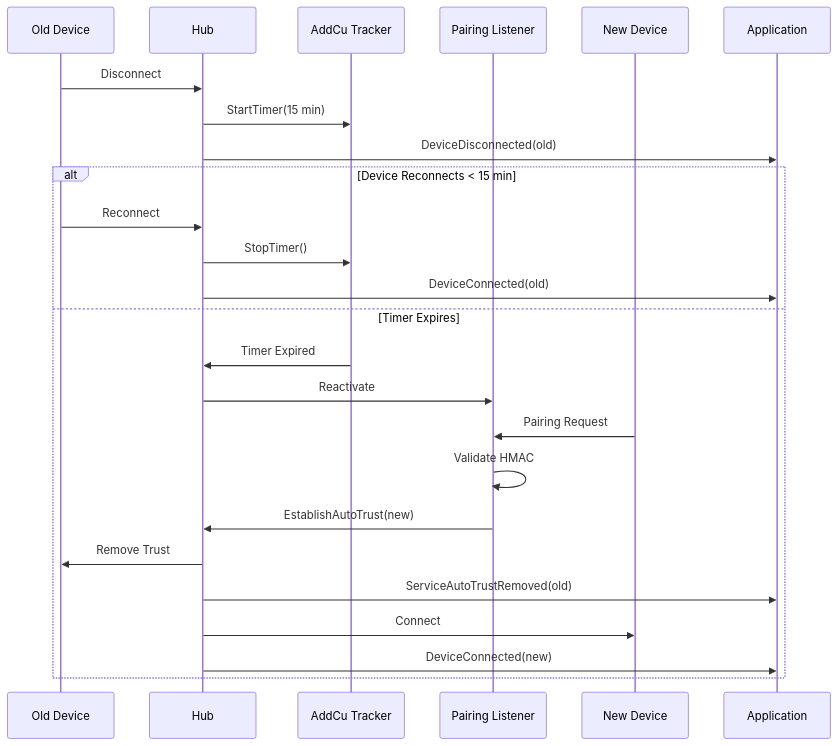
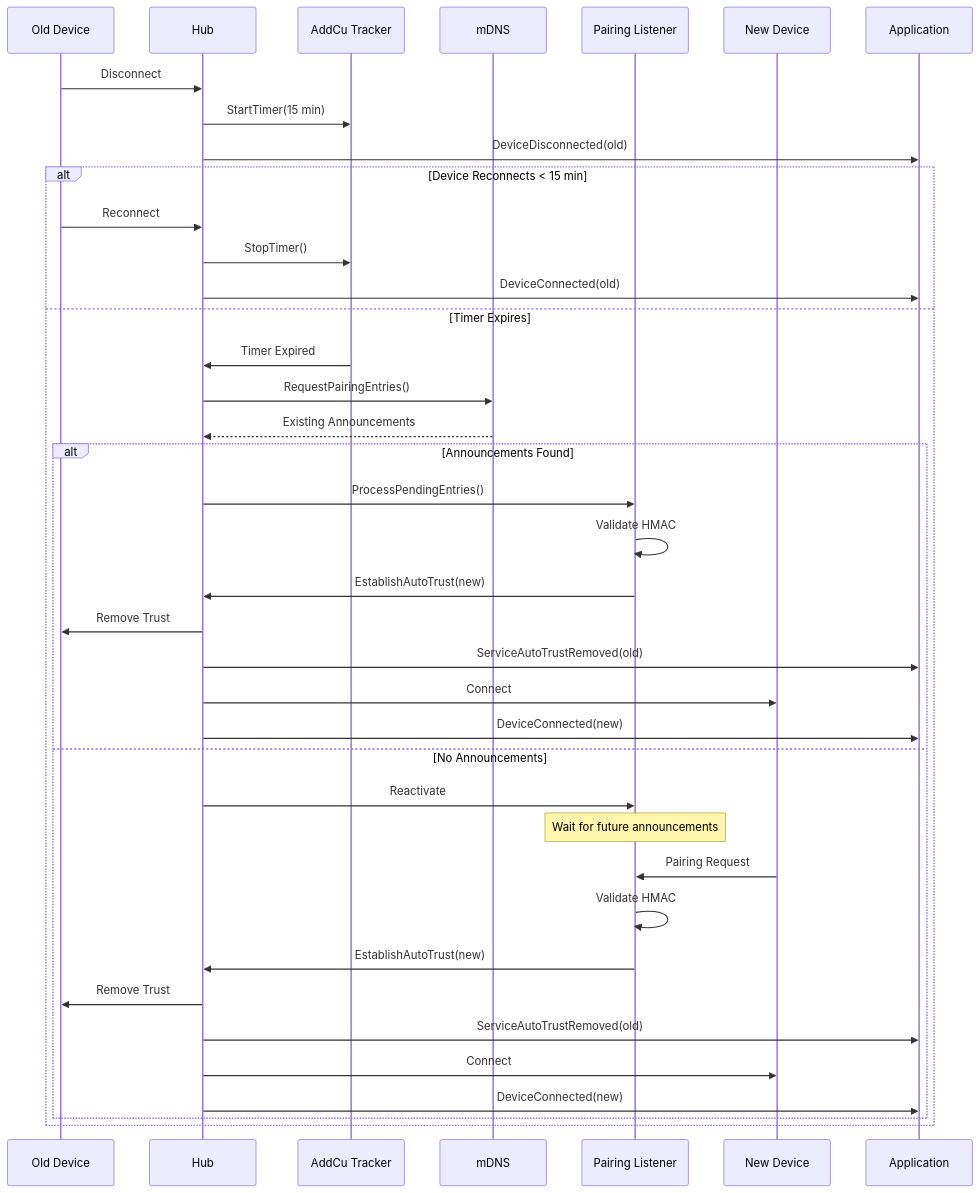
The fifth of 6 diagrams in ARCHITECTURE_SHIPPAIRING.md (enbility/ship-go), drawn with Mermaid before and after one commit. The commit also changed other lines of this file and 14 other files, not shown here.

````diff
--- a/ARCHITECTURE_SHIPPAIRING.md
+++ b/ARCHITECTURE_SHIPPAIRING.md
@@ -796,30 +895,44 @@
 ```mermaid
 sequenceDiagram
     participant Old as Old Device
     participant Hub
     participant Tracker as AddCu Tracker
+    participant mDNS
     participant Listener as Pairing Listener
     participant New as New Device
     participant App as Application
     
     Old->>Hub: Disconnect
     Hub->>Tracker: StartTimer(15 min)
     Hub->>App: DeviceDisconnected(old)
     
     alt Device Reconnects < 15 min
         Old->>Hub: Reconnect
         Hub->>Tracker: StopTimer()
         Hub->>App: DeviceConnected(old)
     else Timer Expires
         Tracker->>Hub: Timer Expired
-        Hub->>Listener: Reactivate
+        Hub->>mDNS: RequestPairingEntries()
+        mDNS-->>Hub: Existing Announcements
         
-        New->>Listener: Pairing Request
-        Listener->>Listener: Validate HMAC
-        Listener->>Hub: EstablishAutoTrust(new)
-        Hub->>Old: Remove Trust
-        Hub->>App: ServiceAutoTrustRemoved(old)
-        Hub->>New: Connect
-        Hub->>App: DeviceConnected(new)
+        alt Announcements Found
+            Hub->>Listener: ProcessPendingEntries()
+            Listener->>Listener: Validate HMAC
+            Listener->>Hub: EstablishAutoTrust(new)
+            Hub->>Old: Remove Trust
+            Hub->>App: ServiceAutoTrustRemoved(old)
+            Hub->>New: Connect
+            Hub->>App: DeviceConnected(new)
+        else No Announcements
+            Hub->>Listener: Reactivate
+            Note over Listener: Wait for future announcements
+            New->>Listener: Pairing Request
+            Listener->>Listener: Validate HMAC
+            Listener->>Hub: EstablishAutoTrust(new)
+            Hub->>Old: Remove Trust
+            Hub->>App: ServiceAutoTrustRemoved(old)
+            Hub->>New: Connect
+            Hub->>App: DeviceConnected(new)
+        end
     end
 ```
````
